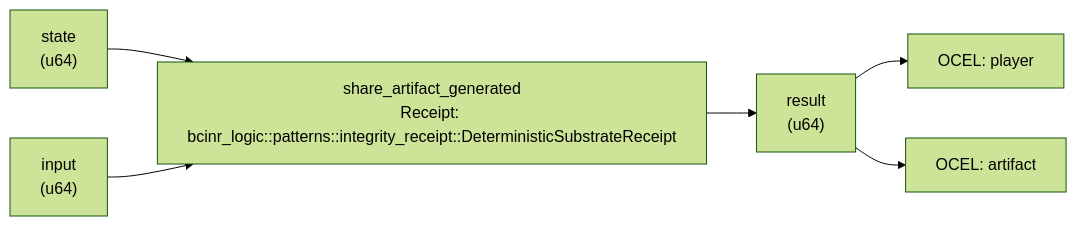
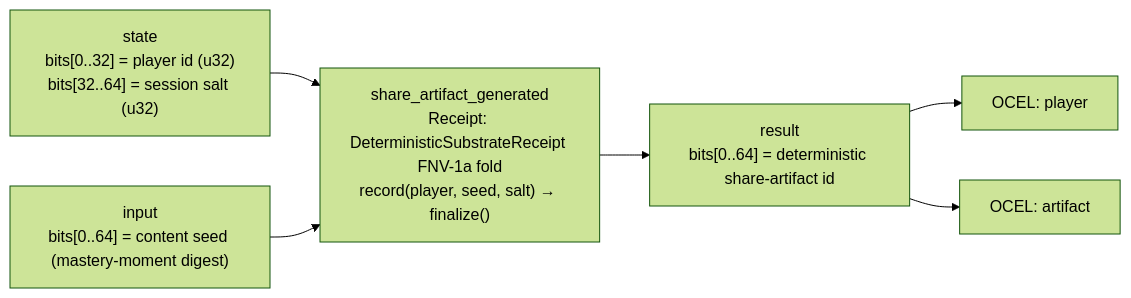
One commit to seanchatmangpt/bcinr changed the diagram in crates/wasm4games/docs/patterns/share_artifact_generated.md. Above: the diagram before and after it, drawn with Mermaid (forest theme). The commit also changed other lines of this file and 36 other files, not shown here.

````diff
--- a/crates/wasm4games/docs/patterns/share_artifact_generated.md
+++ b/crates/wasm4games/docs/patterns/share_artifact_generated.md
@@ -56,14 +38,14 @@
 ```mermaid
 graph LR
-    state["state\n(u64)"]
-    input["input\n(u64)"]
-    kernel["share_artifact_generated\nReceipt: bcinr_logic::patterns::integrity_receipt::DeterministicSubstrateReceipt"]
-    result["result\n(u64)"]
+    state["state\nbits[0..32] = player id (u32)\nbits[32..64] = session salt (u32)"]
+    input["input\nbits[0..64] = content seed (mastery-moment digest)"]
+    kernel["share_artifact_generated\nReceipt: DeterministicSubstrateReceipt FNV-1a fold\nrecord(player, seed, salt) → finalize()"]
+    result["result\nbits[0..64] = deterministic share-artifact id"]
     state --> kernel
     input --> kernel
     kernel --> result
     ocel_0["OCEL: player"]
     result --> ocel_0
     ocel_1["OCEL: artifact"]
     result --> ocel_1
 ```
````
